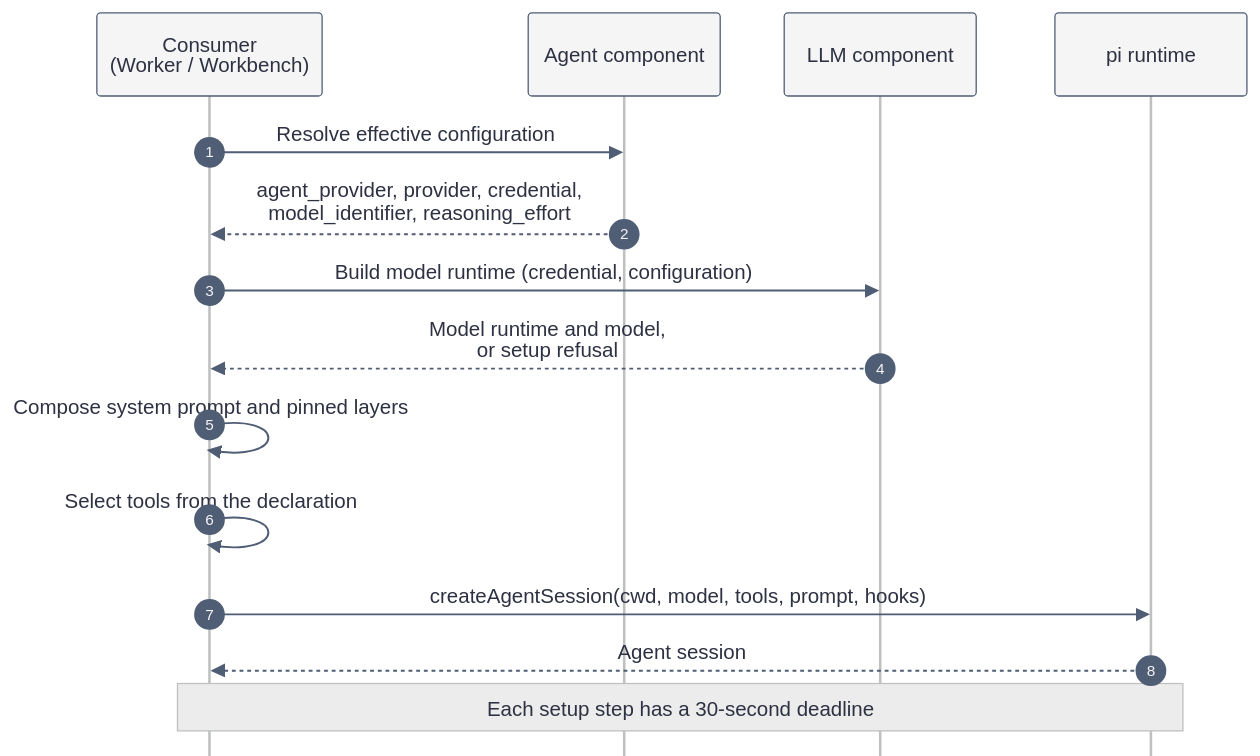
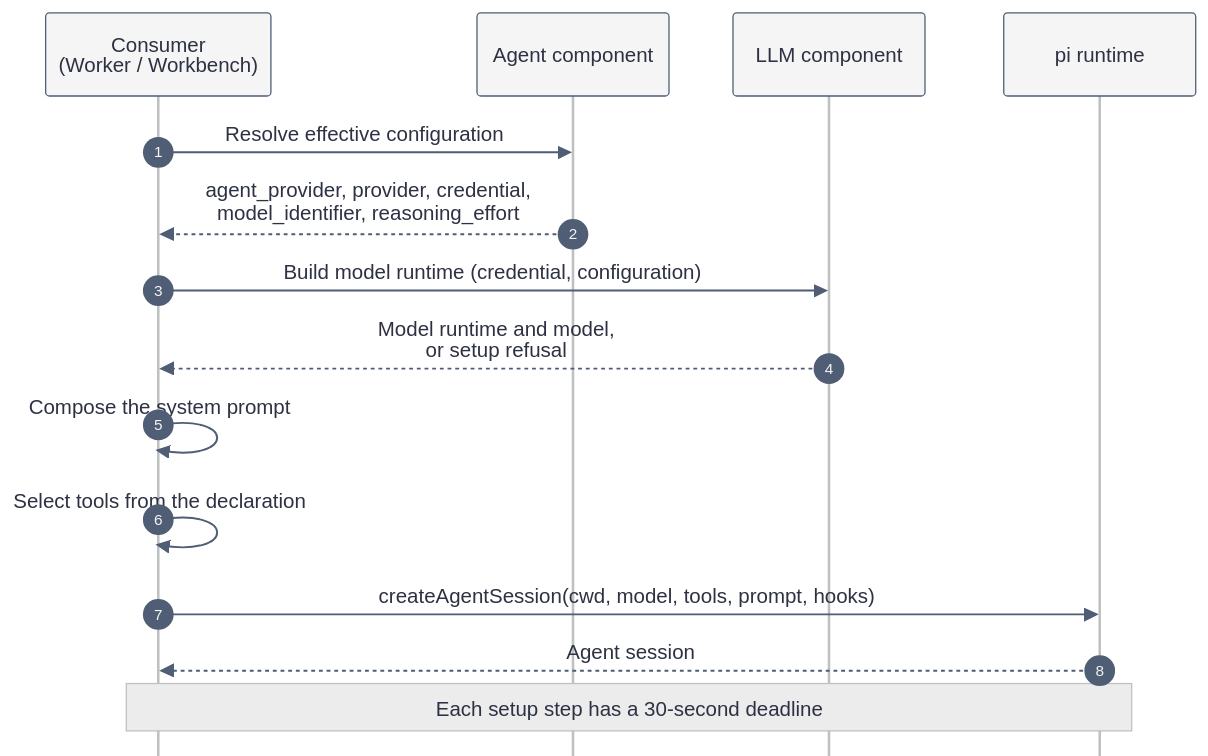
The diagram in docs/explanation/native-agent.md (kanthorlabs/kanthord), drawn with Mermaid before and after one commit. The commit also changed other lines of this file and 16 other files, not shown here.

````diff
--- a/docs/explanation/native-agent.md
+++ b/docs/explanation/native-agent.md
@@ -82,21 +82,21 @@
 ```mermaid
 %%{init: {"theme": "base", "themeVariables": {"background": "#f5f5f5", "primaryColor": "#f5f5f5", "primaryTextColor": "#2d3142", "actorBkg": "#f5f5f5", "actorBorder": "#4f5d75", "actorTextColor": "#2d3142", "actorLineColor": "#bfc0c0", "signalColor": "#4f5d75", "signalTextColor": "#2d3142", "noteBkgColor": "#ececec", "noteBorderColor": "#bfc0c0", "noteTextColor": "#2d3142", "activationBkgColor": "#fbeae1", "activationBorderColor": "#eb6c36"}, "themeCSS": "& { background-color: #f5f5f5; }", "sequence": {"mirrorActors": false, "useMaxWidth": false}}}%%
 sequenceDiagram
     accTitle: Opening a native agent session
     accDescr: A consumer resolves the effective configuration, builds a model runtime from a credential, composes the prompt, selects the tools and opens a pi agent session.
     autonumber
     participant C as Consumer<br/>(Worker / Workbench)
     participant A as Agent component
     participant L as LLM component
     participant P as pi runtime
 
     C->>A: Resolve effective configuration
     A-->>C: agent_provider, provider, credential,<br/>model_identifier, reasoning_effort
     C->>L: Build model runtime (credential, configuration)
     L-->>C: Model runtime and model,<br/>or setup refusal
-    C->>C: Compose system prompt and pinned layers
+    C->>C: Compose the system prompt
     C->>C: Select tools from the declaration
     C->>P: createAgentSession(cwd, model, tools, prompt, hooks)
     P-->>C: Agent session
     Note over C,P: Each setup step has a 30-second deadline
 ```
````
